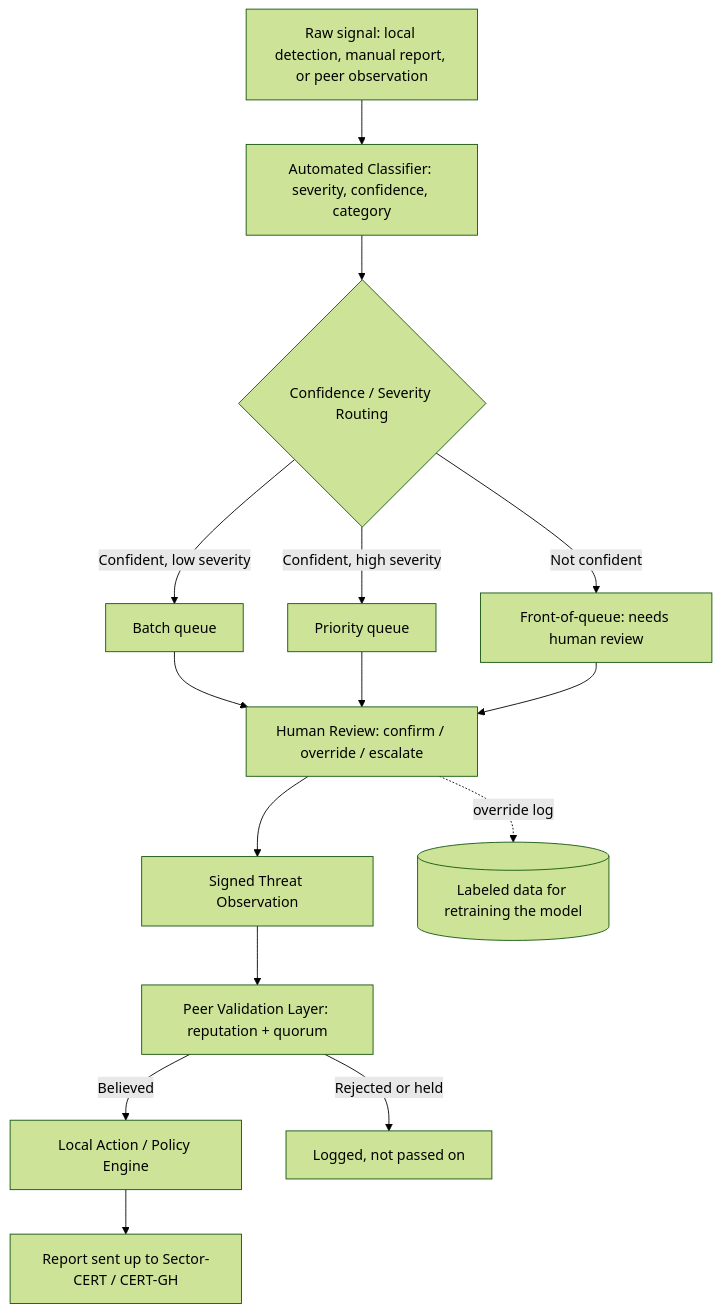
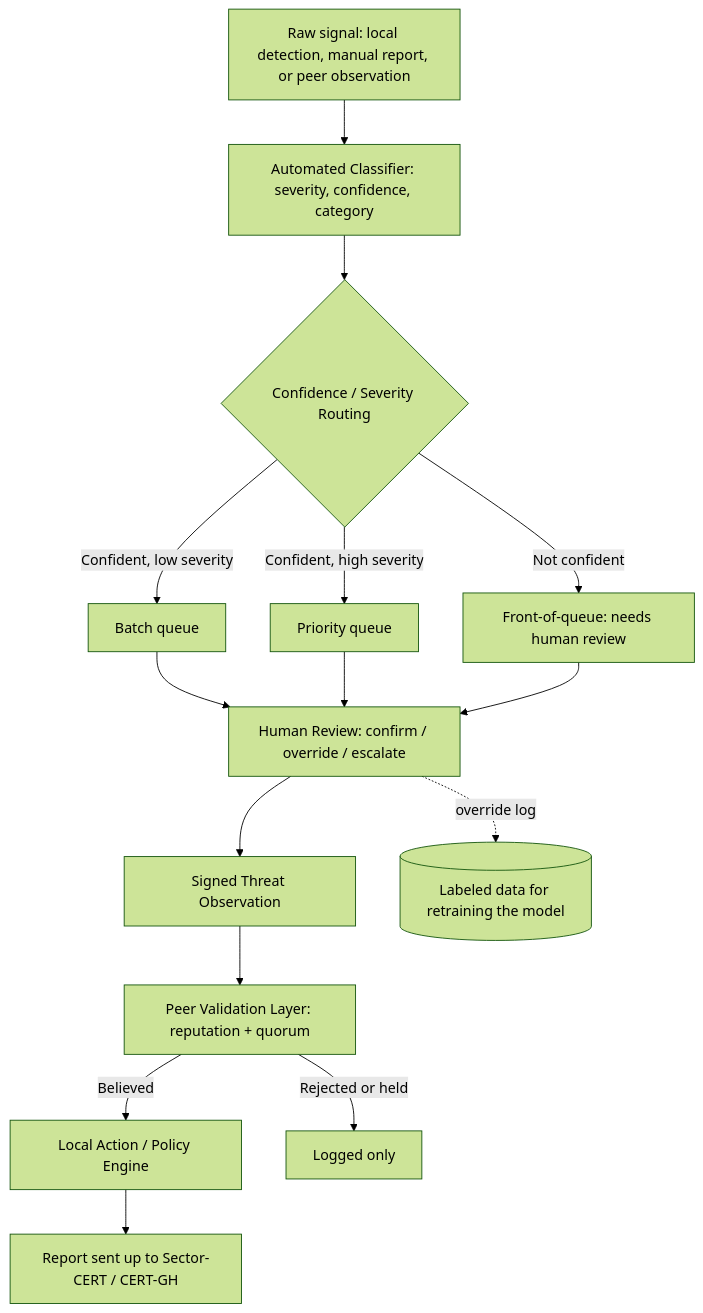
The diagram in docs/architecture.md (DevInBlack001/cti-platform), drawn with Mermaid (forest theme) before and after one commit. The commit also changed other lines of this file and 6 other files, not shown here.

````diff
--- a/docs/architecture.md
+++ b/docs/architecture.md
@@ -76,17 +76,17 @@
 ```mermaid
 flowchart TD
     A[Raw signal: local detection, manual report, or peer observation] --> B[Automated Classifier: severity, confidence, category]
     B --> C{Confidence / Severity Routing}
     C -->|Confident, low severity| D[Batch queue]
     C -->|Confident, high severity| E[Priority queue]
     C -->|Not confident| F[Front-of-queue: needs human review]
     D --> G[Human Review: confirm / override / escalate]
     E --> G
     F --> G
     G --> H[Signed Threat Observation]
     H --> I[Peer Validation Layer: reputation + quorum]
     I -->|Believed| J[Local Action / Policy Engine]
-    I -->|Rejected or held| K[Logged, not passed on]
+    I -->|Rejected or held| K[Logged only]
     J --> L[Report sent up to Sector-CERT / CERT-GH]
     G -.override log.-> M[(Labeled data for retraining the model)]
 ```
````
